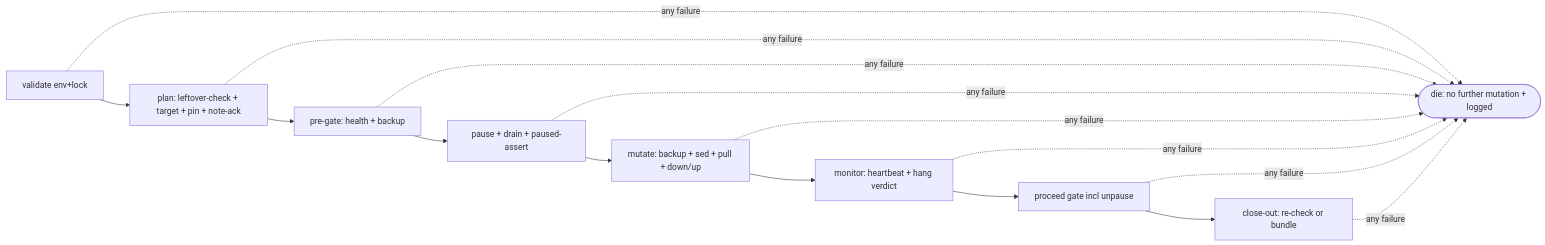
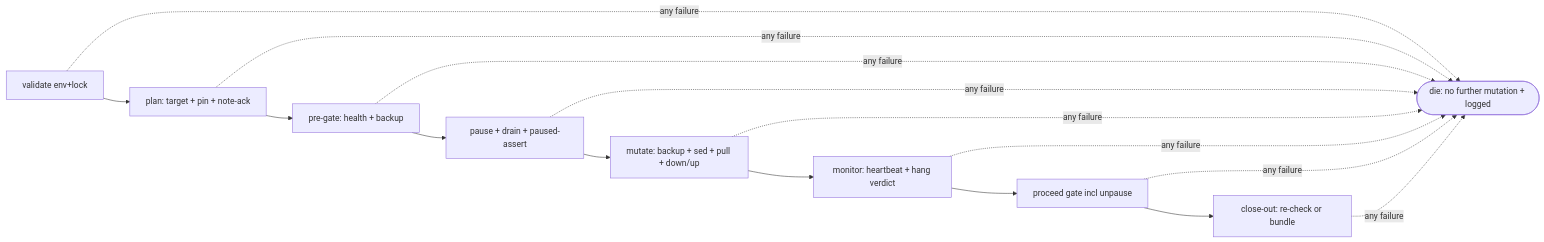
One commit to Theevanz/Gitlab_update_script_bmad changed the first of 3 diagrams in _bmad-output/planning-artifacts/architecture/architecture-deliverable-gitlab-update-2026-10-29/ARCHITECTURE-SPINE.md. Above: the diagram before and after it, drawn with Mermaid. The commit also changed other lines of this file and 10 other files, not shown here.

````diff
--- a/_bmad-output/planning-artifacts/architecture/architecture-deliverable-gitlab-update-2026-10-29/ARCHITECTURE-SPINE.md
+++ b/_bmad-output/planning-artifacts/architecture/architecture-deliverable-gitlab-update-2026-10-29/ARCHITECTURE-SPINE.md
@@ -34,18 +34,18 @@
 ```mermaid
 flowchart LR
-    V[validate env+lock] --> P[plan: leftover-check + target + pin + note-ack]
+    V[validate env+lock] --> P[plan: target + pin + note-ack]
     P --> G1[pre-gate: health + backup]
     G1 --> Q[pause + drain + paused-assert]
     Q --> M[mutate: backup + sed + pull + down/up]
     M --> W[monitor: heartbeat + hang verdict]
     W --> G2[proceed gate incl unpause]
     G2 --> C[close-out: re-check or bundle]
     V -.->|any failure| D([die: no further mutation + logged])
     P -.->|any failure| D
     G1 -.->|any failure| D
     Q -.->|any failure| D
     M -.->|any failure| D
     W -.->|any failure| D
     G2 -.->|any failure| D
     C -.->|any failure| D
 ```
````
